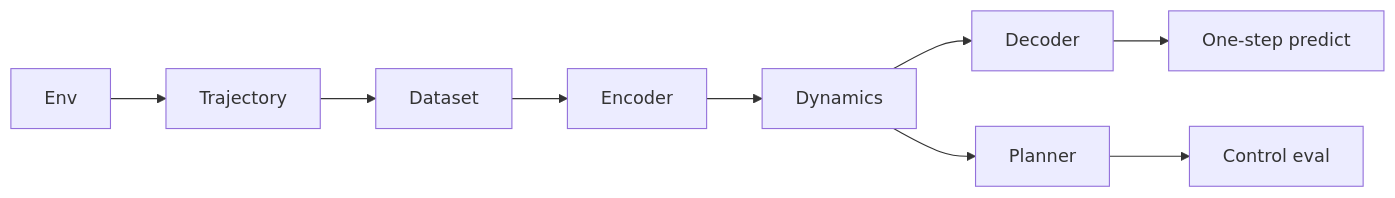
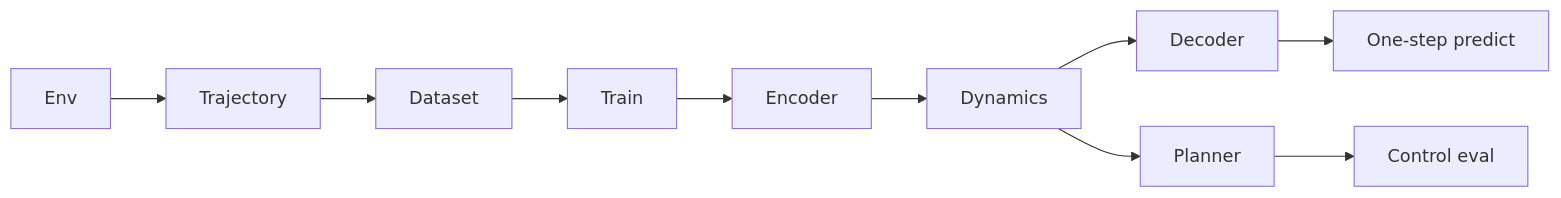
One commit to shehbaz0101/worldforge changed the diagram in docs/architecture.md. Above: the diagram before and after it, drawn with Mermaid. The commit also changed other lines of this file and 14 other files, not shown here.

````diff
--- a/docs/architecture.md
+++ b/docs/architecture.md
@@ -12,11 +12,12 @@
 ```mermaid
 flowchart LR
   env[Env] --> traj[Trajectory]
   traj --> dataset[Dataset]
-  dataset --> encoder[Encoder]
+  dataset --> train[Train]
+  train --> encoder[Encoder]
   encoder --> dynamics[Dynamics]
   dynamics --> decoder[Decoder]
   decoder --> predict[One-step predict]
   dynamics --> planner[Planner]
   planner --> control[Control eval]
 ```
````
